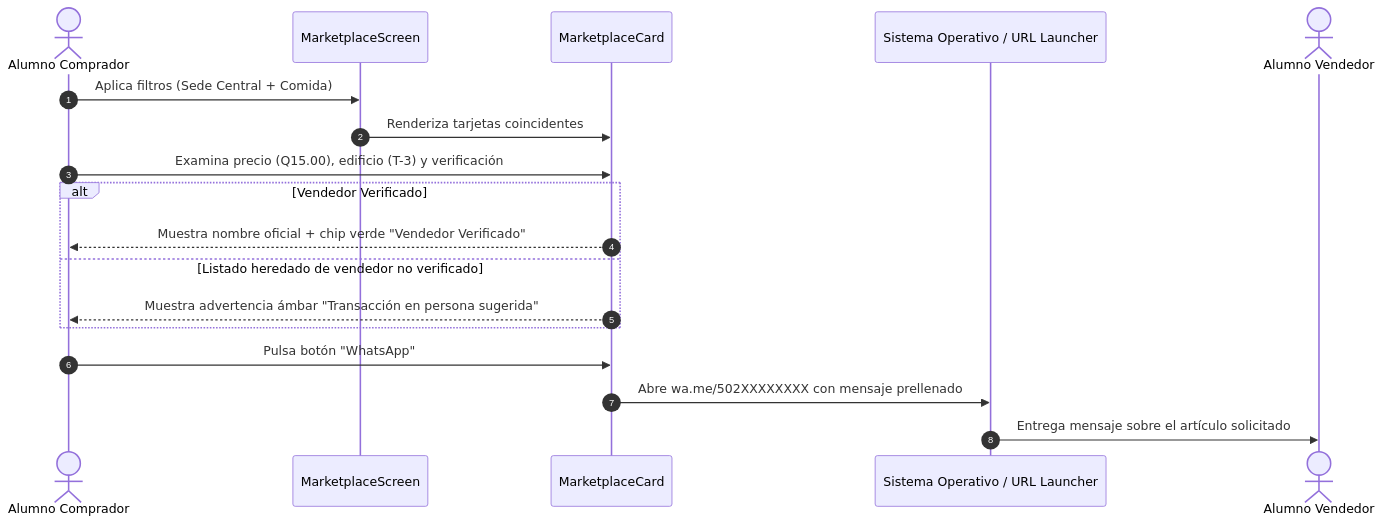
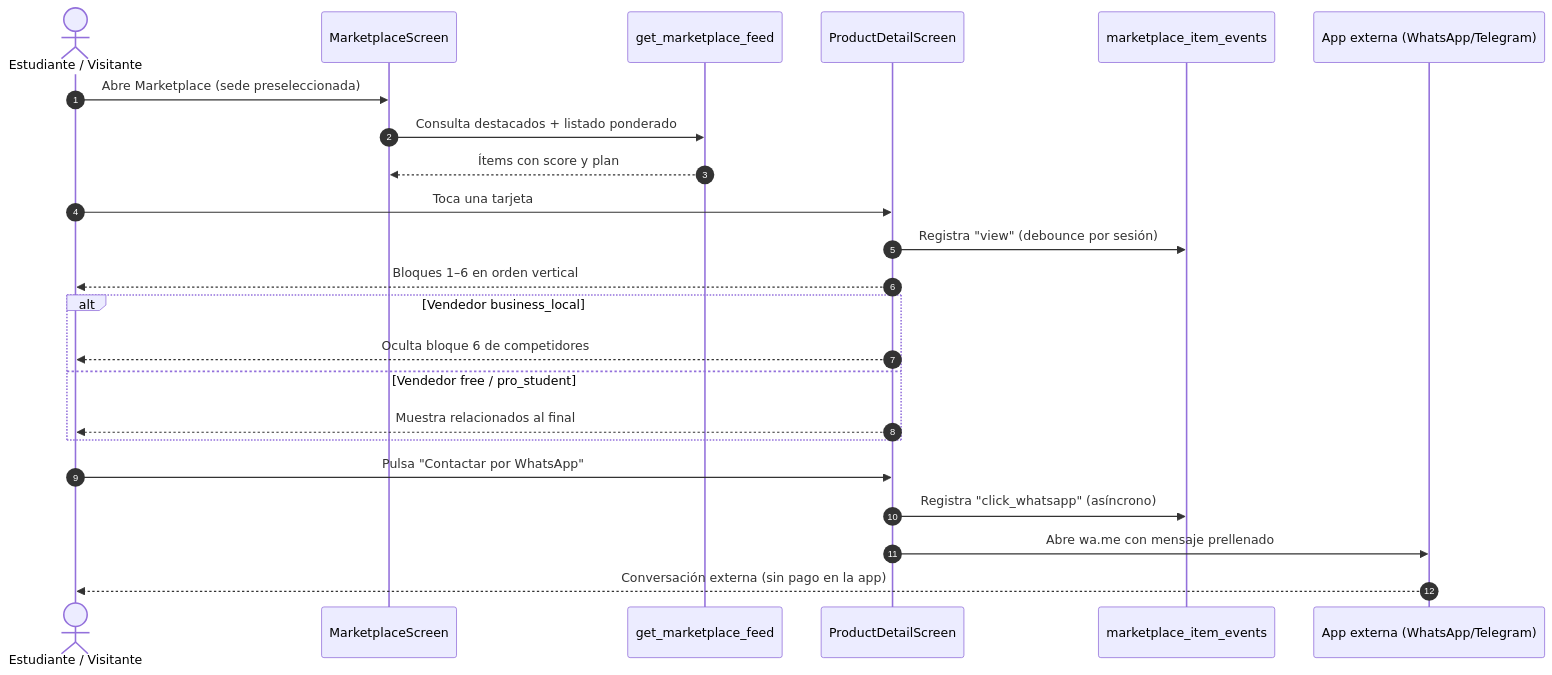
One commit to Trebol4Devop/Comunidad_USAC changed the first of 5 diagrams in docs/ux/04-marketplace.md. Above: the diagram before and after it, drawn with Mermaid. The commit also changed other lines of this file, not shown here.

First line of the commit message:
docs(marketplace): actualizar spec UX con planes, feed y telemetría

````diff
--- a/docs/ux/04-marketplace.md
+++ b/docs/ux/04-marketplace.md
@@ -532,21 +1649,26 @@
 ```mermaid
 sequenceDiagram
     autonumber
-    actor Comprador as Alumno Comprador
-    participant App as MarketplaceScreen
-    participant Card as MarketplaceCard
-    participant OS as Sistema Operativo / URL Launcher
-    actor Vendedor as Alumno Vendedor
+    actor Comprador as Estudiante / Visitante
+    participant Feed as MarketplaceScreen
+    participant RPC as get_marketplace_feed
+    participant Ficha as ProductDetailScreen
+    participant Tele as marketplace_item_events
+    participant OS as App externa (WhatsApp/Telegram)
 
-    Comprador->>App: Aplica filtros (Sede Central + Comida)
-    App->>Card: Renderiza tarjetas coincidentes
-    Comprador->>Card: Examina precio (Q15.00), edificio (T-3) y verificación
-    alt Vendedor Verificado
-        Card-->>Comprador: Muestra nombre oficial + chip verde "Vendedor Verificado"
-    else Listado heredado de vendedor no verificado
-        Card-->>Comprador: Muestra advertencia ámbar "Transacción en persona sugerida"
+    Comprador->>Feed: Abre Marketplace (sede preseleccionada)
+    Feed->>RPC: Consulta destacados + listado ponderado
+    RPC-->>Feed: Ítems con score y plan
+    Comprador->>Ficha: Toca una tarjeta
+    Ficha->>Tele: Registra "view" (debounce por sesión)
+    Ficha-->>Comprador: Bloques 1–6 en orden vertical
+    alt Vendedor business_local
+        Ficha-->>Comprador: Oculta bloque 6 de competidores
+    else Vendedor free / pro_student
+        Ficha-->>Comprador: Muestra relacionados al final
     end
-    Comprador->>Card: Pulsa botón "WhatsApp"
-    Card->>OS: Abre wa.me/502XXXXXXXX con mensaje prellenado
-    OS->>Vendedor: Entrega mensaje sobre el artículo solicitado
+    Comprador->>Ficha: Pulsa "Contactar por WhatsApp"
+    Ficha->>Tele: Registra "click_whatsapp" (asíncrono)
+    Ficha->>OS: Abre wa.me con mensaje prellenado
+    OS-->>Comprador: Conversación externa (sin pago en la app)
 ```
````
